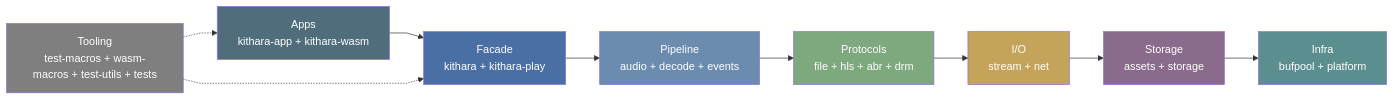
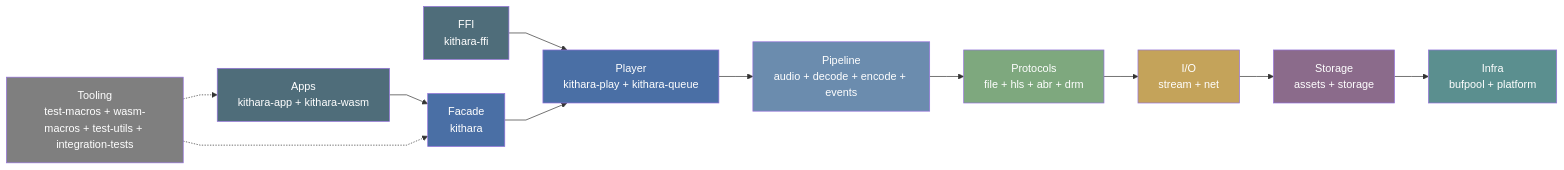
Before and after one commit to zvuk/kithara: the diagram in README.md, drawn with Mermaid. The commit also changed other lines of this file and 33 other files, not shown here.

````diff
--- a/README.md
+++ b/README.md
@@ -35,26 +35,31 @@
 ```mermaid
 %%{init: {"flowchart": {"curve": "linear"}} }%%
 flowchart LR
     apps["Apps<br/>kithara-app + kithara-wasm"]
-    facade["Facade<br/>kithara + kithara-play"]
-    pipeline["Pipeline<br/>audio + decode + events"]
+    ffi["FFI<br/>kithara-ffi"]
+    facade["Facade<br/>kithara"]
+    player["Player<br/>kithara-play + kithara-queue"]
+    pipeline["Pipeline<br/>audio + decode + encode + events"]
     protocols["Protocols<br/>file + hls + abr + drm"]
     io["I/O<br/>stream + net"]
     storage["Storage<br/>assets + storage"]
     infra["Infra<br/>bufpool + platform"]
-    tooling["Tooling<br/>test-macros + wasm-macros + test-utils + tests"]
+    tooling["Tooling<br/>test-macros + wasm-macros + test-utils + integration-tests"]
 
     apps --> facade
-    facade --> pipeline --> protocols --> io --> storage --> infra
+    ffi --> player
+    facade --> player --> pipeline --> protocols --> io --> storage --> infra
     tooling -.-> facade
     tooling -.-> apps
 
     style apps fill:#4f6d7a,color:#fff
+    style ffi fill:#4f6d7a,color:#fff
     style facade fill:#4a6fa5,color:#fff
+    style player fill:#4a6fa5,color:#fff
     style pipeline fill:#6b8cae,color:#fff
     style protocols fill:#7ea87e,color:#fff
     style io fill:#c4a35a,color:#fff
     style storage fill:#8b6b8b,color:#fff
     style infra fill:#5b8f8f,color:#fff
     style tooling fill:#7f7f7f,color:#fff
 ```
````
